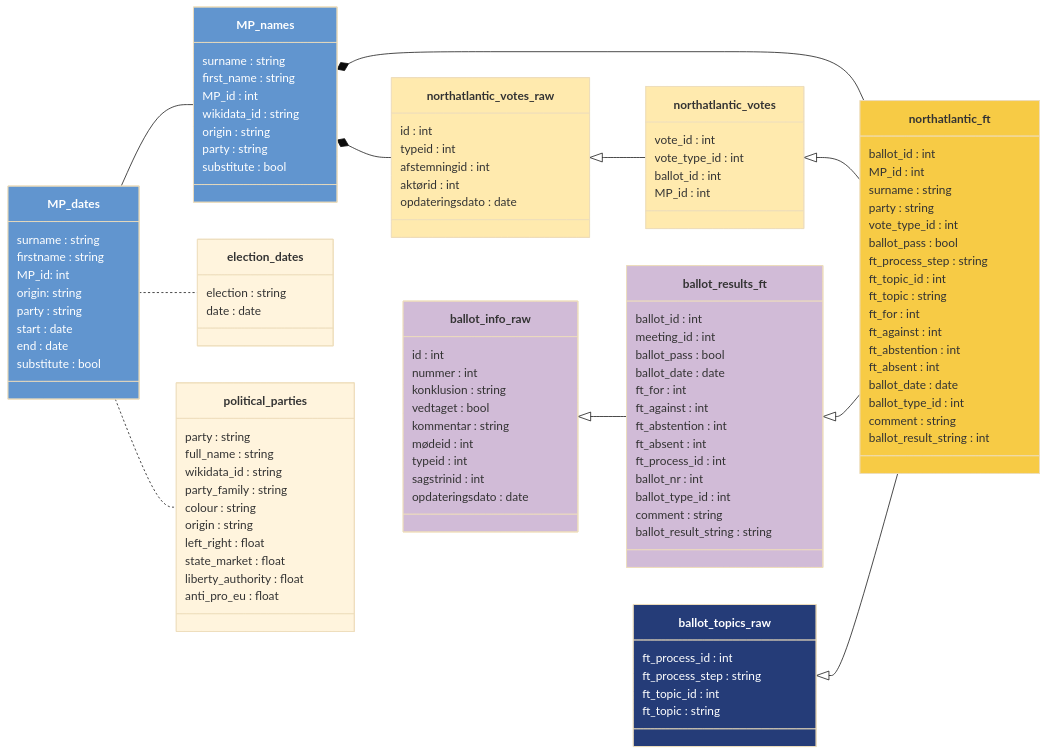
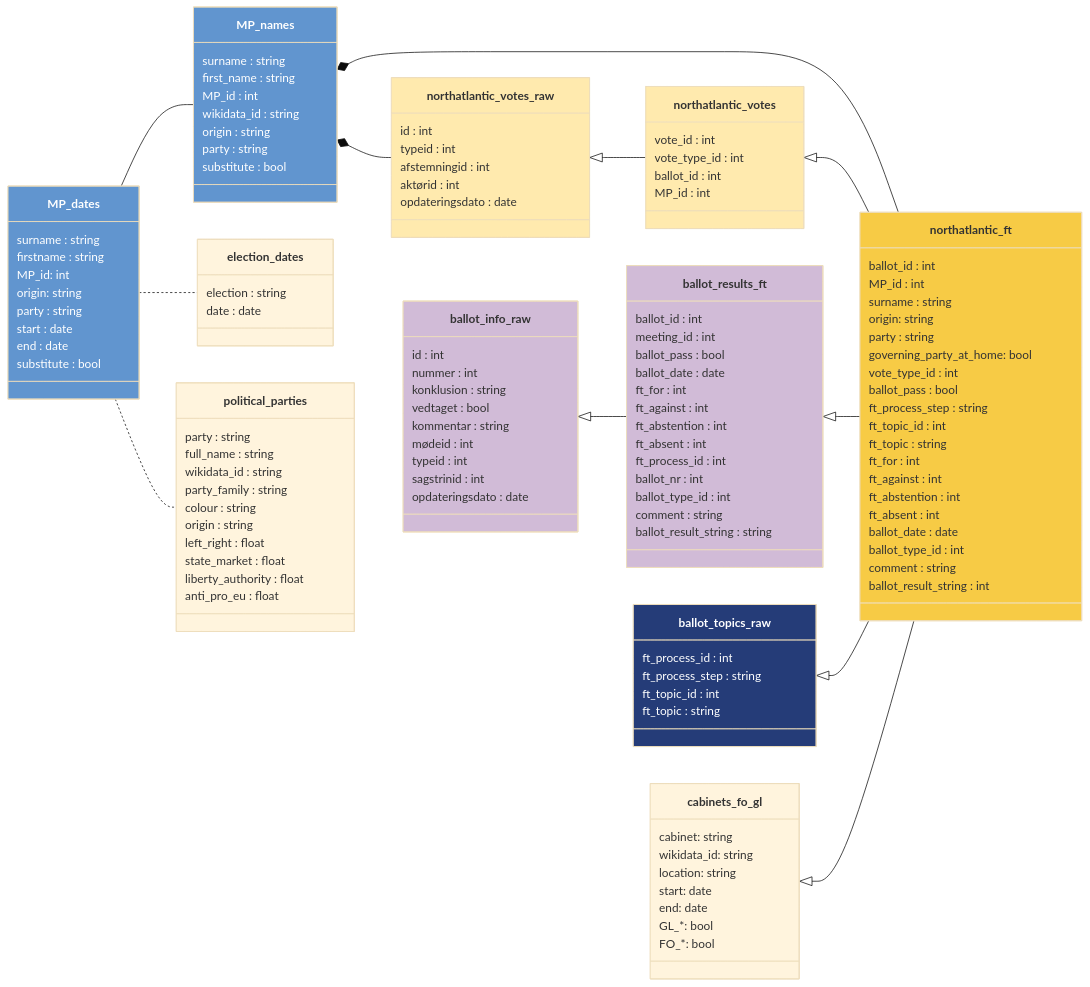
One commit to mtwente/nordatlantisk-ft changed the diagram in docs/codebook.qmd. Above: the diagram before and after it, drawn with Mermaid (base theme). The commit also changed other lines of this file, not shown here.

````diff
--- a/docs/codebook.qmd
+++ b/docs/codebook.qmd
@@ -141,11 +149,15 @@
 
     ballot_info_raw <|-- ballot_results_ft
 
+    cabinets_fo_gl <|-- northatlantic_ft
+
     class northatlantic_ft {
         ballot_id : int
         MP_id : int
         surname : string
+        origin: string
         party : string
+        governing_party_at_home: bool
         vote_type_id : int
         ballot_pass : bool
         ft_process_step : string
@@ -250,6 +262,16 @@
         anti_pro_eu : float
     }
 
+    class cabinets_fo_gl {
+      cabinet: string
+      wikidata_id: string
+      location: string
+      start: date
+      end: date
+      GL_&ast;: bool
+      FO_&ast;: bool
+    }
+
 style ballot_info_raw fill:#D1BBD7
 style ballot_results_ft fill:#D1BBD7
 
@@ -270,5 +292,6 @@
 click ballot_info_raw href "#ballot_info_raw" "tooltip"
 click ballot_results_ft href "#ballot_results_ft" "tooltip"
 click ballot_topics_raw href "#ballot_topics_raw" "tooltip"
+click cabinets_fo_gl href "#cabinets_fo_gl" "tooltip"
 click northatlantic_ft href "#northatlantic_ft" "tooltip"
 ```
````
